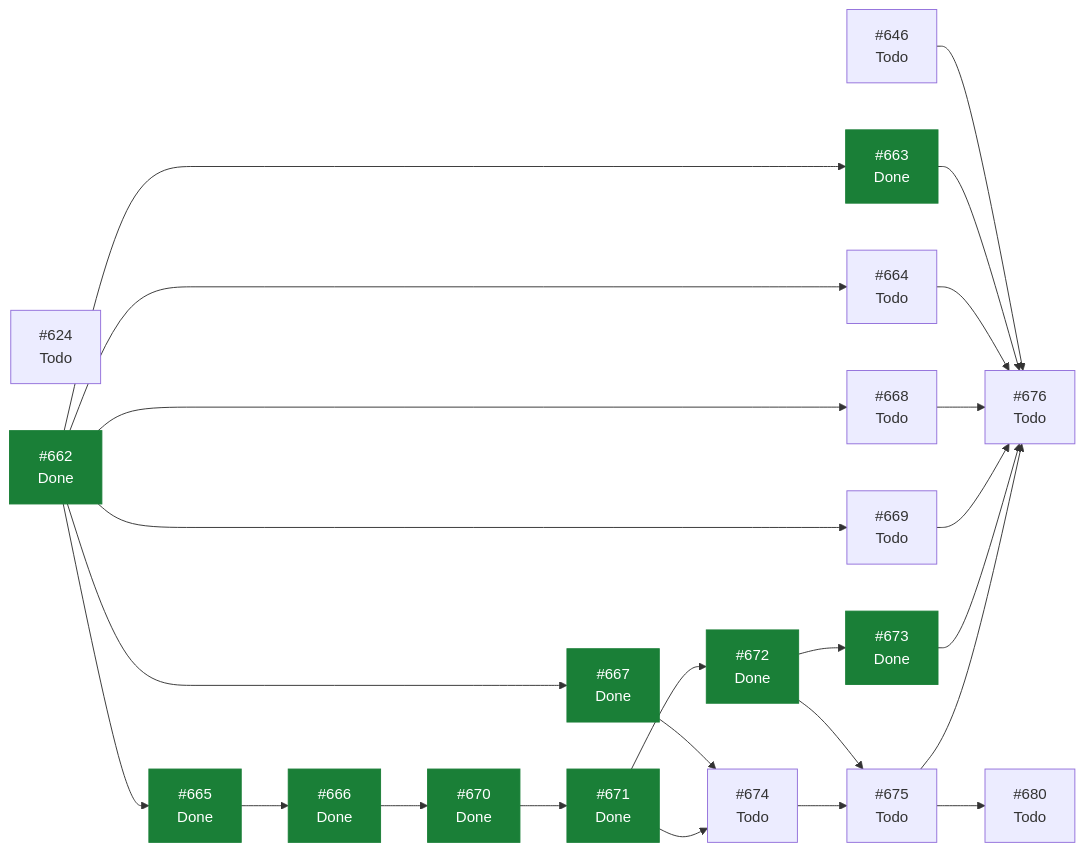
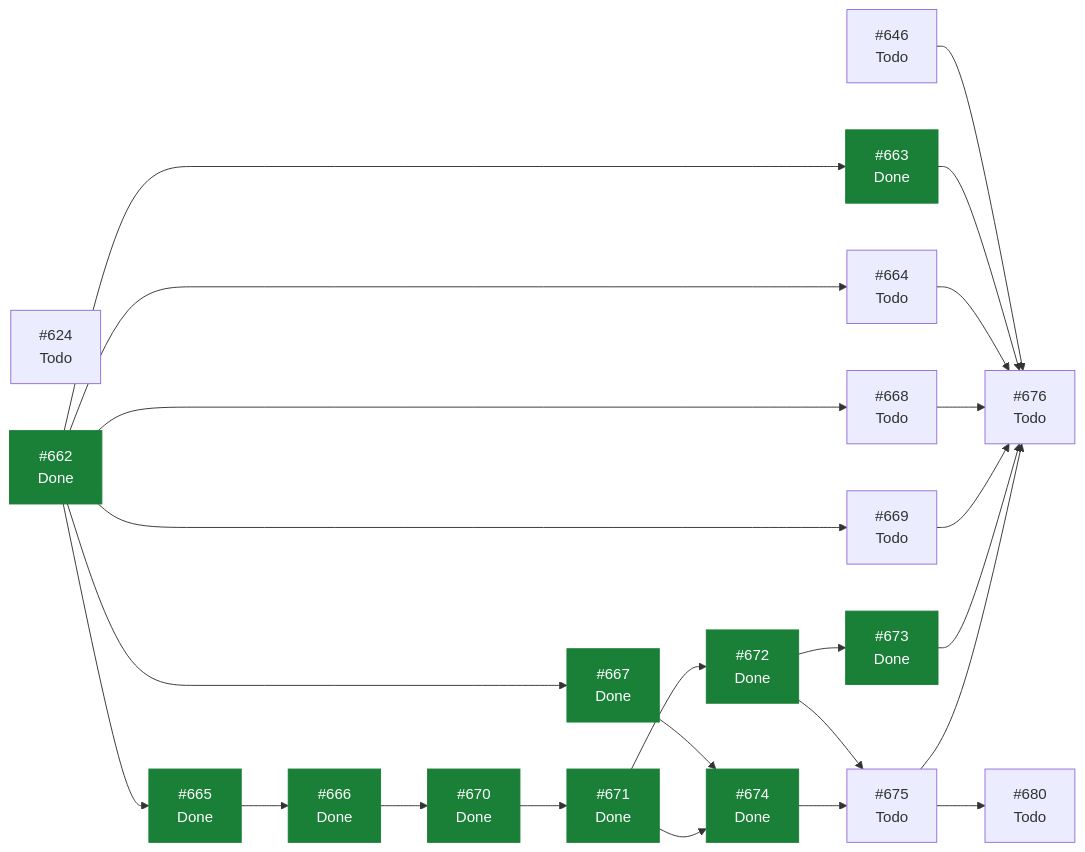
The diagram in docs/planning/STATUS.md (ecamp0s/evault), drawn with Mermaid before and after one commit. The commit also changed other lines of this file, not shown here.

````diff
--- a/docs/planning/STATUS.md
+++ b/docs/planning/STATUS.md
@@ -118,46 +118,46 @@
 ```mermaid
 graph LR
   I624["#624<br/>Todo"]
   I646["#646<br/>Todo"]
   I662["#662<br/>Done"]
   I663["#663<br/>Done"]
   I664["#664<br/>Todo"]
   I665["#665<br/>Done"]
   I666["#666<br/>Done"]
   I667["#667<br/>Done"]
   I668["#668<br/>Todo"]
   I669["#669<br/>Todo"]
   I670["#670<br/>Done"]
   I671["#671<br/>Done"]
   I672["#672<br/>Done"]
   I673["#673<br/>Done"]
-  I674["#674<br/>Todo"]
+  I674["#674<br/>Done"]
   I675["#675<br/>Todo"]
   I676["#676<br/>Todo"]
   I680["#680<br/>Todo"]
   I646 --> I676
   I662 --> I663
   I662 --> I664
   I662 --> I665
   I662 --> I667
   I662 --> I668
   I662 --> I669
   I663 --> I676
   I664 --> I676
   I665 --> I666
   I666 --> I670
   I667 --> I674
   I668 --> I676
   I669 --> I676
   I670 --> I671
   I671 --> I672
   I671 --> I674
   I672 --> I673
   I672 --> I675
   I673 --> I676
   I674 --> I675
   I675 --> I676
   I675 --> I680
   classDef hecho fill:#1a7f37,stroke:#1a7f37,color:#fff;
-  class I662,I663,I665,I666,I667,I670,I671,I672,I673 hecho;
+  class I662,I663,I665,I666,I667,I670,I671,I672,I673,I674 hecho;
 ```
````
